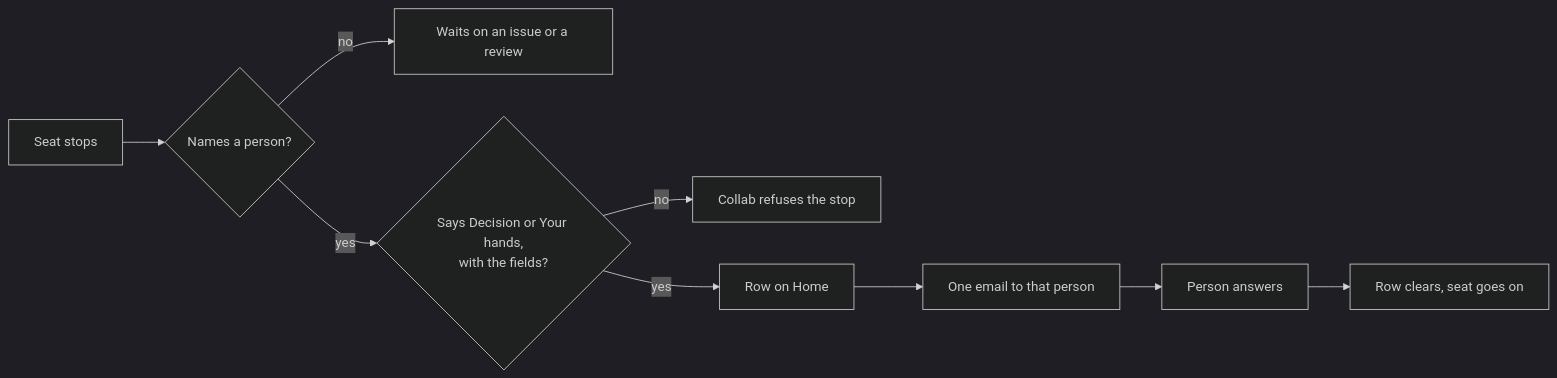
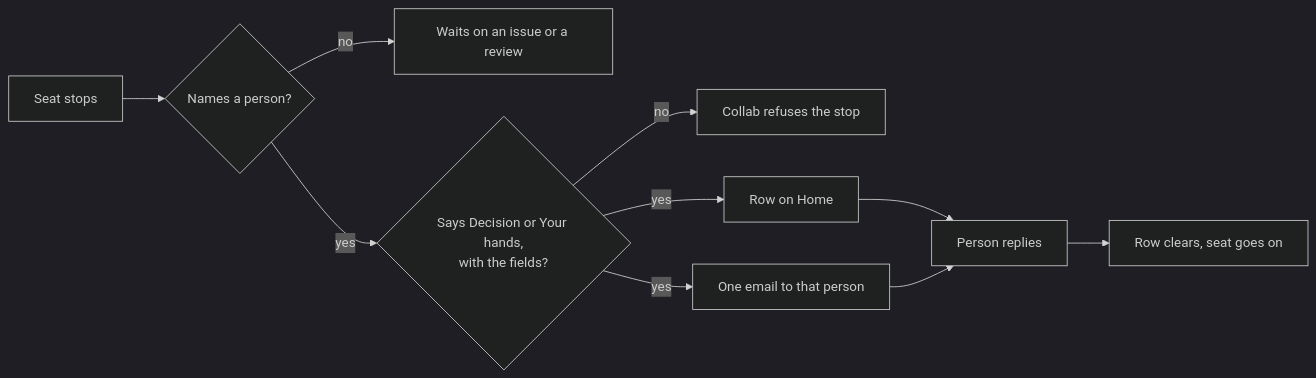
Before and after one commit to Art-of-Technology/collab: the diagram in docs/design/stops-that-need-a-person/README.md, drawn with Mermaid (dark theme). The commit also changed other lines of this file and 1 other file, not shown here.

Commit message:
no-mistakes(review): Clarify docs search, stop records, and email

````diff
--- a/docs/design/stops-that-need-a-person/README.md
+++ b/docs/design/stops-that-need-a-person/README.md
@@ -5,11 +5,12 @@
 ```mermaid
 flowchart LR
   seat[Seat stops] --> kind{Names a person?}
   kind -- no --> wait[Waits on an issue or a review]
   kind -- yes --> declared{Says Decision or Your hands,<br>with the fields?}
   declared -- no --> refused[Collab refuses the stop]
   declared -- yes --> home[Row on Home]
-  home --> mail[One email to that person]
-  mail --> answer[Person answers]
+  declared -- yes --> mail[One email to that person]
+  home --> answer[Person replies]
+  mail --> answer
   answer --> clears[Row clears, seat goes on]
 ```
````
